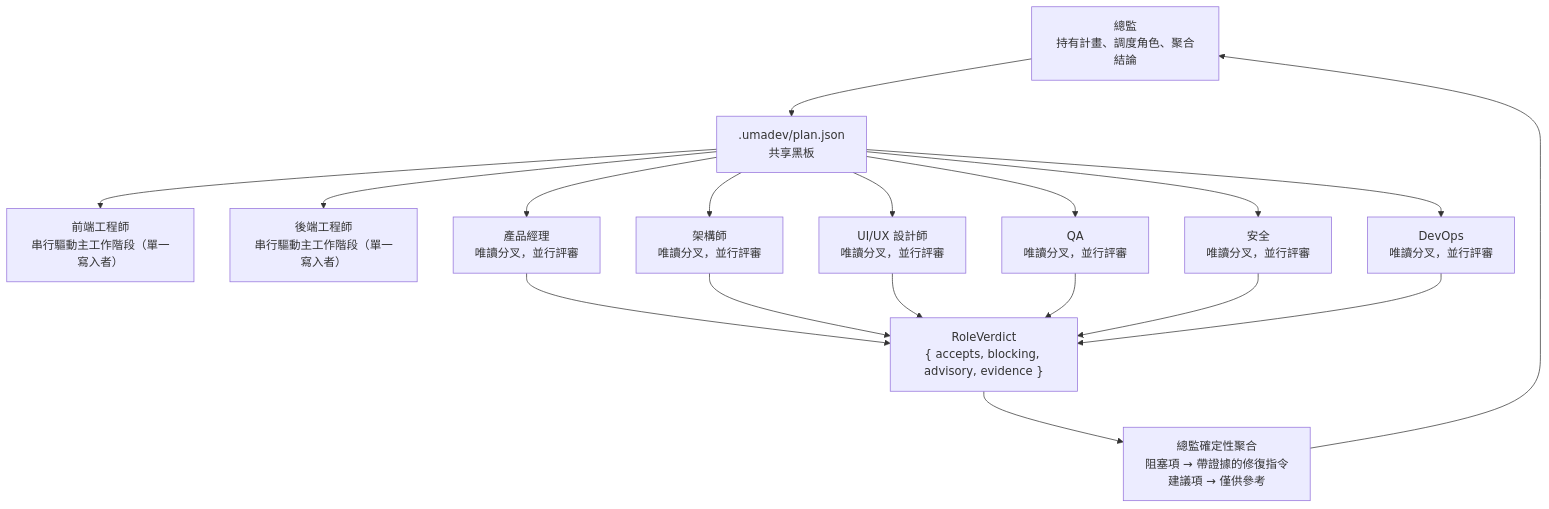
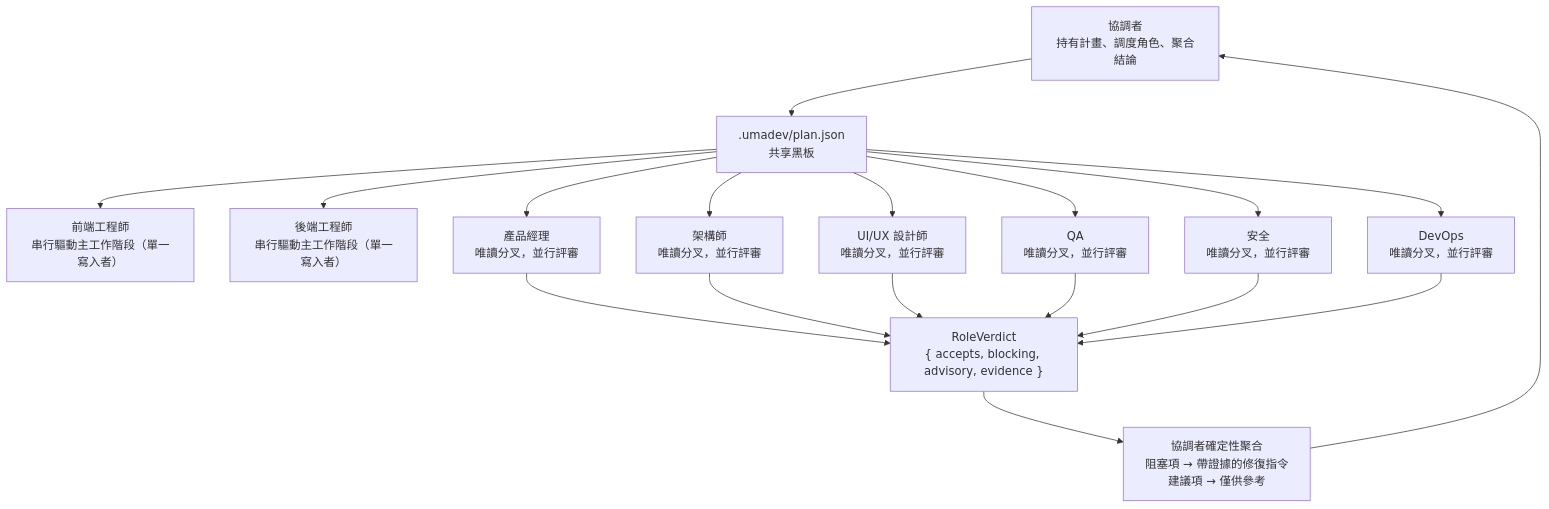
The third of 8 diagrams in README.zh-TW.md (vincentke1117/umadev), drawn with Mermaid before and after one commit. The commit also changed other lines of this file and 3 other files, not shown here.

````diff
--- a/README.zh-TW.md
+++ b/README.zh-TW.md
@@ -306,24 +318,24 @@
 ```mermaid
 flowchart TB
-    Director["總監<br/>持有計畫、調度角色、聚合結論"] --> Plan[".umadev/plan.json<br/>共享黑板"]
+    Director["協調者<br/>持有計畫、調度角色、聚合結論"] --> Plan[".umadev/plan.json<br/>共享黑板"]
 
     Plan --> DoerF["前端工程師<br/>串行驅動主工作階段（單一寫入者）"]
     Plan --> DoerB["後端工程師<br/>串行驅動主工作階段（單一寫入者）"]
 
     Plan --> CriticPM["產品經理<br/>唯讀分叉，並行評審"]
     Plan --> CriticArch["架構師<br/>唯讀分叉，並行評審"]
     Plan --> CriticDesign["UI/UX 設計師<br/>唯讀分叉，並行評審"]
     Plan --> CriticQA["QA<br/>唯讀分叉，並行評審"]
     Plan --> CriticSec["安全<br/>唯讀分叉，並行評審"]
     Plan --> CriticDevOps["DevOps<br/>唯讀分叉，並行評審"]
 
     CriticPM --> Verdict["RoleVerdict<br/>{ accepts, blocking, advisory, evidence }"]
     CriticArch --> Verdict
     CriticDesign --> Verdict
     CriticQA --> Verdict
     CriticSec --> Verdict
     CriticDevOps --> Verdict
 
-    Verdict --> Aggregate["總監確定性聚合<br/>阻塞項 → 帶證據的修復指令<br/>建議項 → 僅供參考"]
+    Verdict --> Aggregate["協調者確定性聚合<br/>阻塞項 → 帶證據的修復指令<br/>建議項 → 僅供參考"]
     Aggregate --> Director
 ```
````
